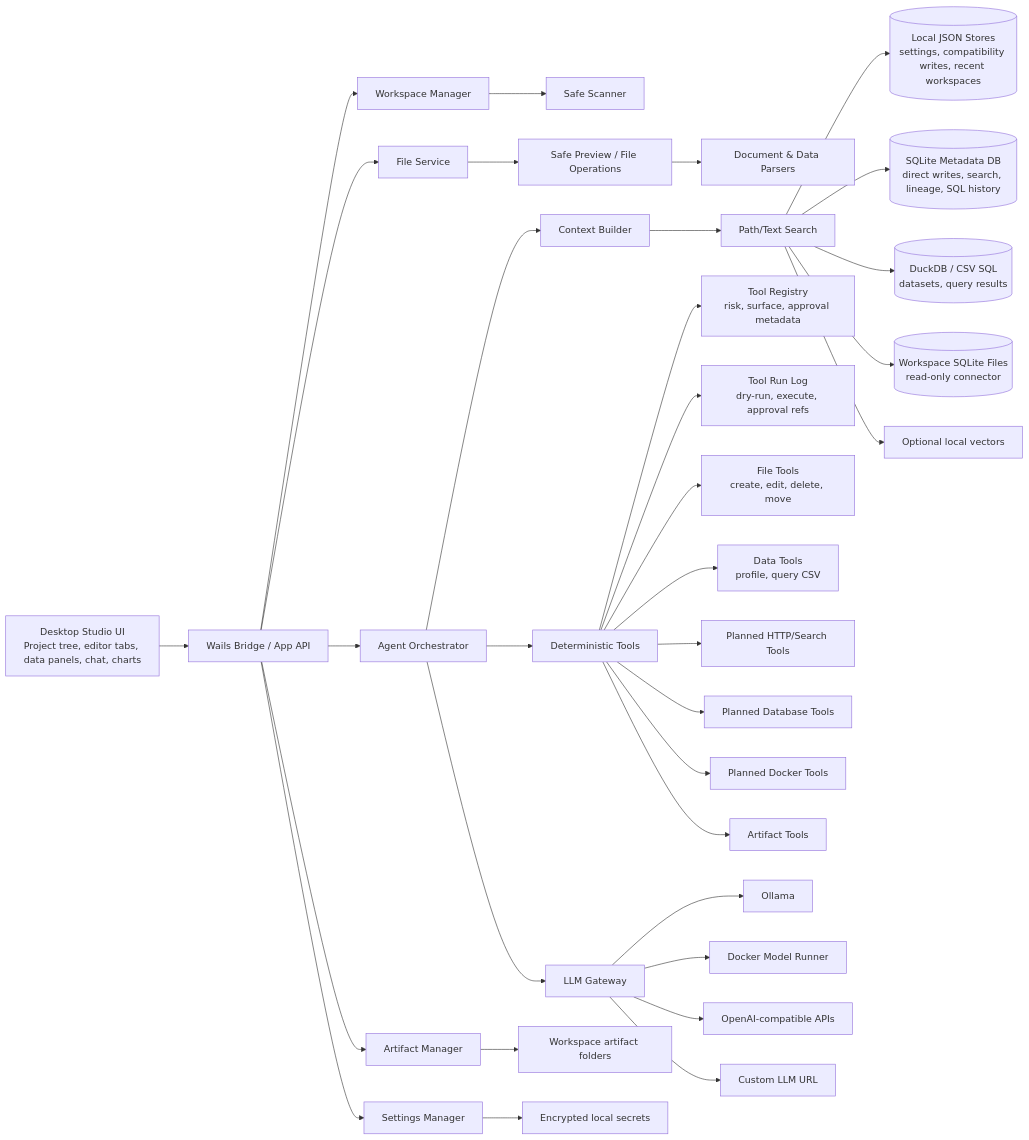
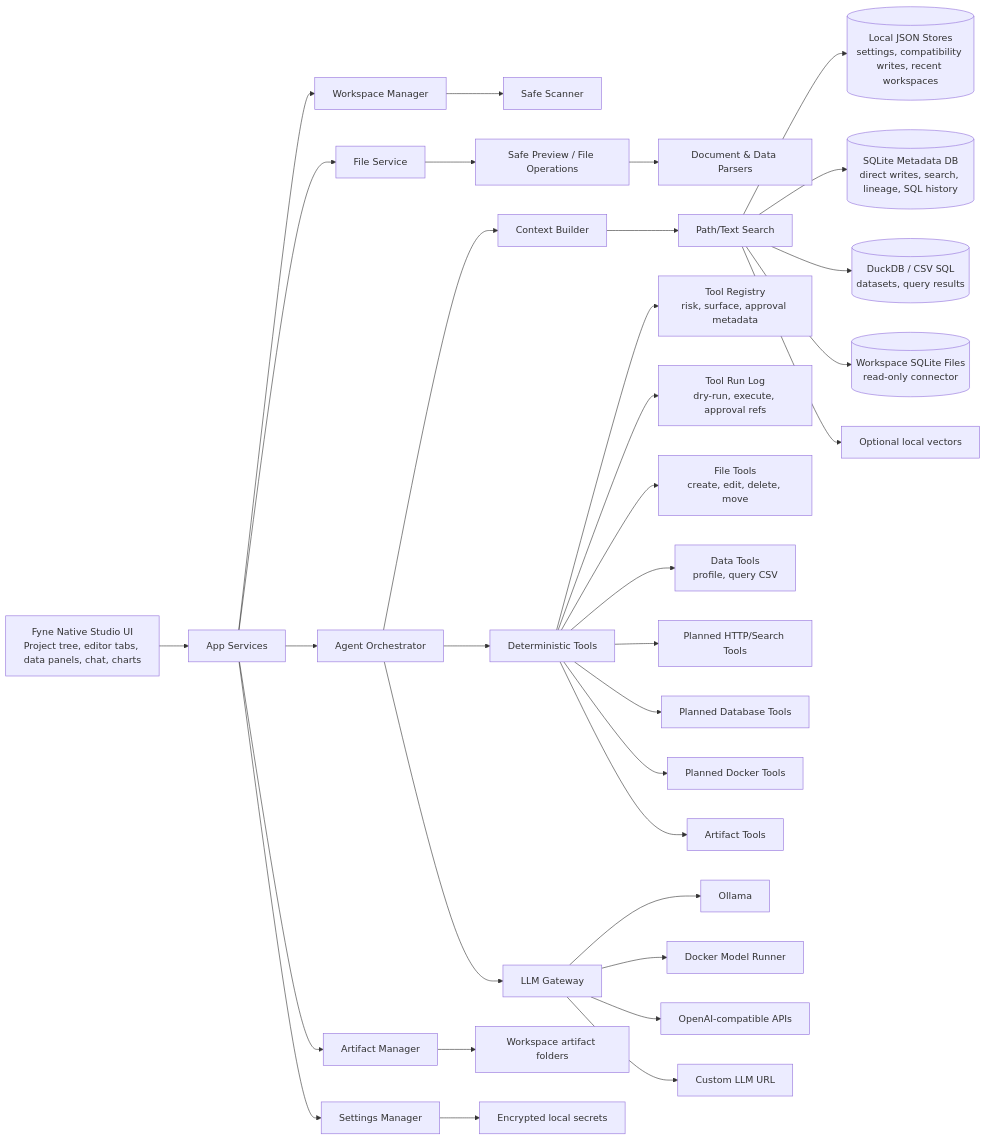
The diagram in docs/02_ARCHITECTURE.md (RCooLeR/NexusDesk), drawn with Mermaid before and after one commit. The commit also changed other lines of this file and 266 other files, not shown here.

````diff
--- a/docs/02_ARCHITECTURE.md
+++ b/docs/02_ARCHITECTURE.md
@@ -58,42 +65,42 @@
 ```mermaid
 flowchart LR
-  UI["Desktop Studio UI<br/>Project tree, editor tabs, data panels, chat, charts"] --> Bridge["Wails Bridge / App API"]
+  UI["Fyne Native Studio UI<br/>Project tree, editor tabs, data panels, chat, charts"] --> App["App Services"]
 
-  Bridge --> Workspace["Workspace Manager"]
-  Bridge --> Files["File Service"]
-  Bridge --> Agent["Agent Orchestrator"]
-  Bridge --> Artifacts["Artifact Manager"]
-  Bridge --> Settings["Settings Manager"]
+  App --> Workspace["Workspace Manager"]
+  App --> Files["File Service"]
+  App --> Agent["Agent Orchestrator"]
+  App --> Artifacts["Artifact Manager"]
+  App --> Settings["Settings Manager"]
 
   Workspace --> Scanner["Safe Scanner"]
   Files --> Previewer["Safe Preview / File Operations"]
   Previewer --> Parsers["Document & Data Parsers"]
 
   Agent --> Context["Context Builder"]
   Agent --> Tools["Deterministic Tools"]
   Agent --> LLM["LLM Gateway"]
 
   Context --> Search["Path/Text Search"]
   Search --> JsonStores[("Local JSON Stores<br/>settings, compatibility writes, recent workspaces")]
   Search --> AppDB[("SQLite Metadata DB<br/>direct writes, search, lineage, SQL history")]
   Search --> AnalyticsDB[("DuckDB / CSV SQL<br/>datasets, query results")]
   Search --> SQLiteFiles[("Workspace SQLite Files<br/>read-only connector")]
   Search --> FutureVectorStore["Optional local vectors"]
 
   Tools --> Registry["Tool Registry<br/>risk, surface, approval metadata"]
   Tools --> ToolRuns["Tool Run Log<br/>dry-run, execute, approval refs"]
   Tools --> FileTools["File Tools<br/>create, edit, delete, move"]
   Tools --> DataTools["Data Tools<br/>profile, query CSV"]
   Tools --> FutureWebTools["Planned HTTP/Search Tools"]
   Tools --> FutureDBTools["Planned Database Tools"]
   Tools --> FutureDockerTools["Planned Docker Tools"]
   Tools --> ArtifactTools["Artifact Tools"]
 
   LLM --> Ollama["Ollama"]
   LLM --> DockerModelRunner["Docker Model Runner"]
   LLM --> OpenAICompat["OpenAI-compatible APIs"]
   LLM --> CustomGateway["Custom LLM URL"]
 
   Artifacts --> WorkspaceFiles["Workspace artifact folders"]
   Settings --> Secrets["Encrypted local secrets"]
 ```
````
